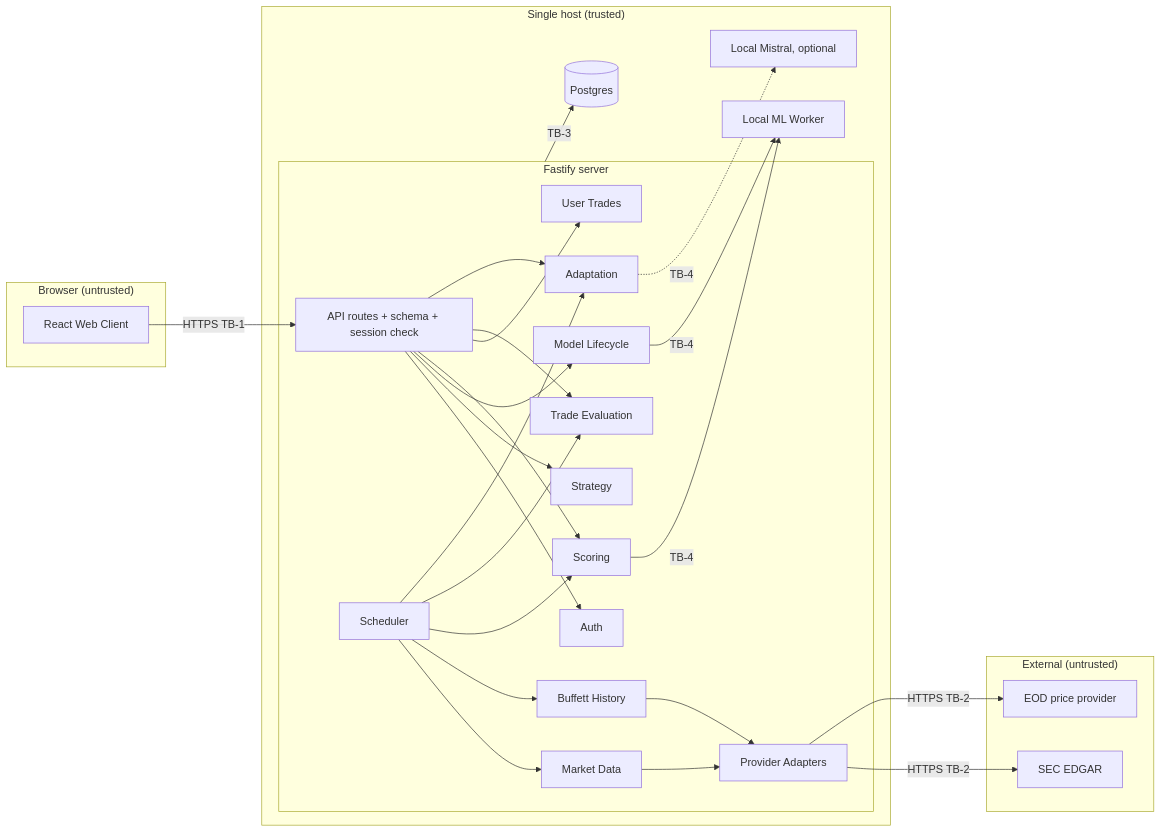
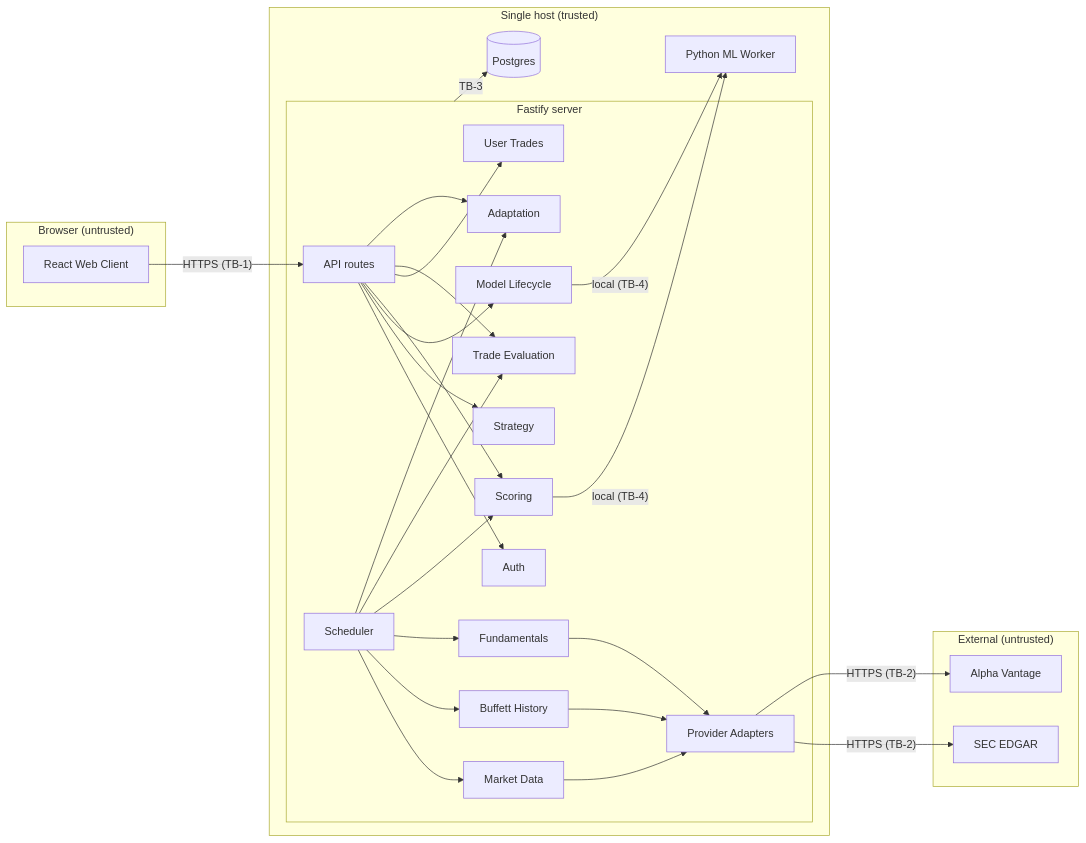
The first of 5 diagrams in ARCHITECTURE.md (jmanico/oracle-buffet), drawn with Mermaid before and after one commit. The commit also changed other lines of this file and 1 other file, not shown here.

Commit message:
Resolve architecture open questions

````diff
--- a/ARCHITECTURE.md
+++ b/ARCHITECTURE.md
@@ -92,39 +91,36 @@
 ```mermaid
 flowchart LR
-  subgraph TB1["Browser (untrusted)"]
+  subgraph B["Browser (untrusted)"]
     UI[React Web Client]
   end
-  subgraph Host["Single host (trusted)"]
-    subgraph Server["Fastify server"]
-      API[API routes + schema + session check]
+  subgraph H["Single host (trusted)"]
+    subgraph S["Fastify server"]
+      API[API routes]
       AUTH[Auth]
       MD[Market Data]
       BH[Buffett History]
+      FU[Fundamentals]
       ST[Strategy]
       ML[Model Lifecycle]
       SC[Scoring]
       UT[User Trades]
       TE[Trade Evaluation]
       AD[Adaptation]
       SCH[Scheduler]
       PA[Provider Adapters]
     end
     DB[(Postgres)]
-    W[Local ML Worker]
-    LLM[Local Mistral, optional]
+    W[Python ML Worker]
   end
-  subgraph Ext["External (untrusted)"]
+  subgraph X["External (untrusted)"]
     EDGAR[SEC EDGAR]
-    PRICE[EOD price provider]
+    AV[Alpha Vantage]
   end
-  UI -- HTTPS TB-1 --> API
+  UI -- "HTTPS (TB-1)" --> API
   API --> AUTH & ST & ML & SC & UT & TE & AD
-  SCH --> MD & BH & SC & TE & AD
-  MD --> PA
-  BH --> PA
-  PA -- HTTPS TB-2 --> EDGAR & PRICE
-  ML -- TB-4 --> W
-  SC -- TB-4 --> W
-  AD -. TB-4 .-> LLM
-  Server -- TB-3 --> DB
+  SCH --> MD & BH & FU & SC & TE & AD
+  MD & BH & FU --> PA
+  PA -- "HTTPS (TB-2)" --> EDGAR & AV
+  ML & SC -- "local (TB-4)" --> W
+  S -- "TB-3" --> DB
 ```
````
